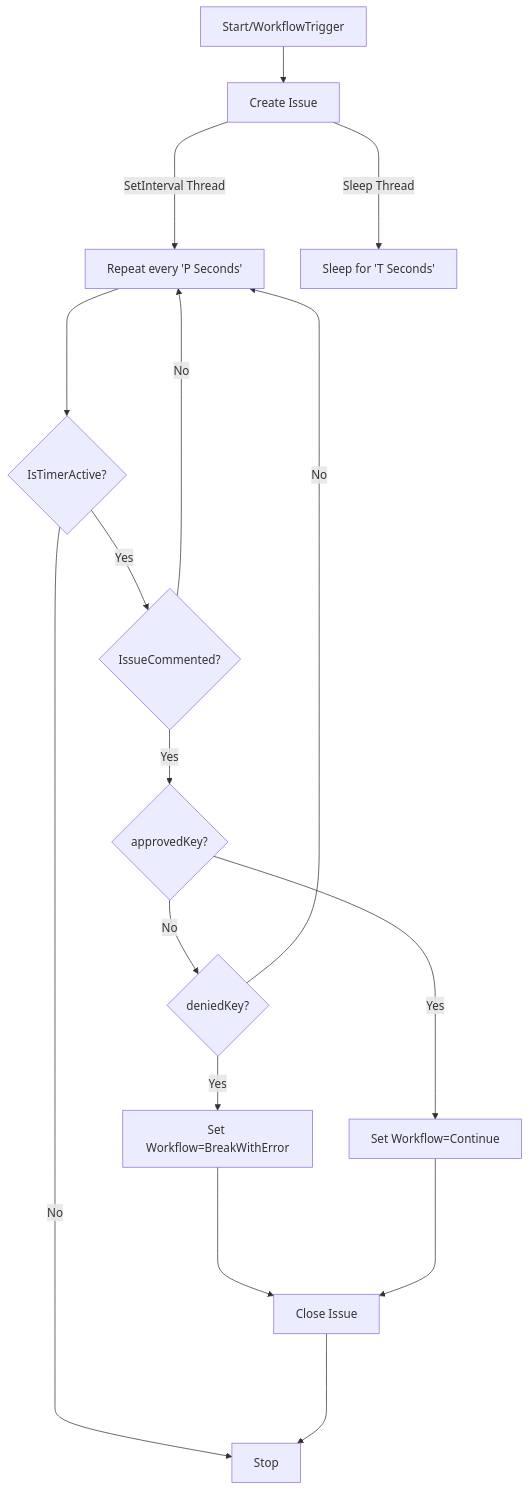
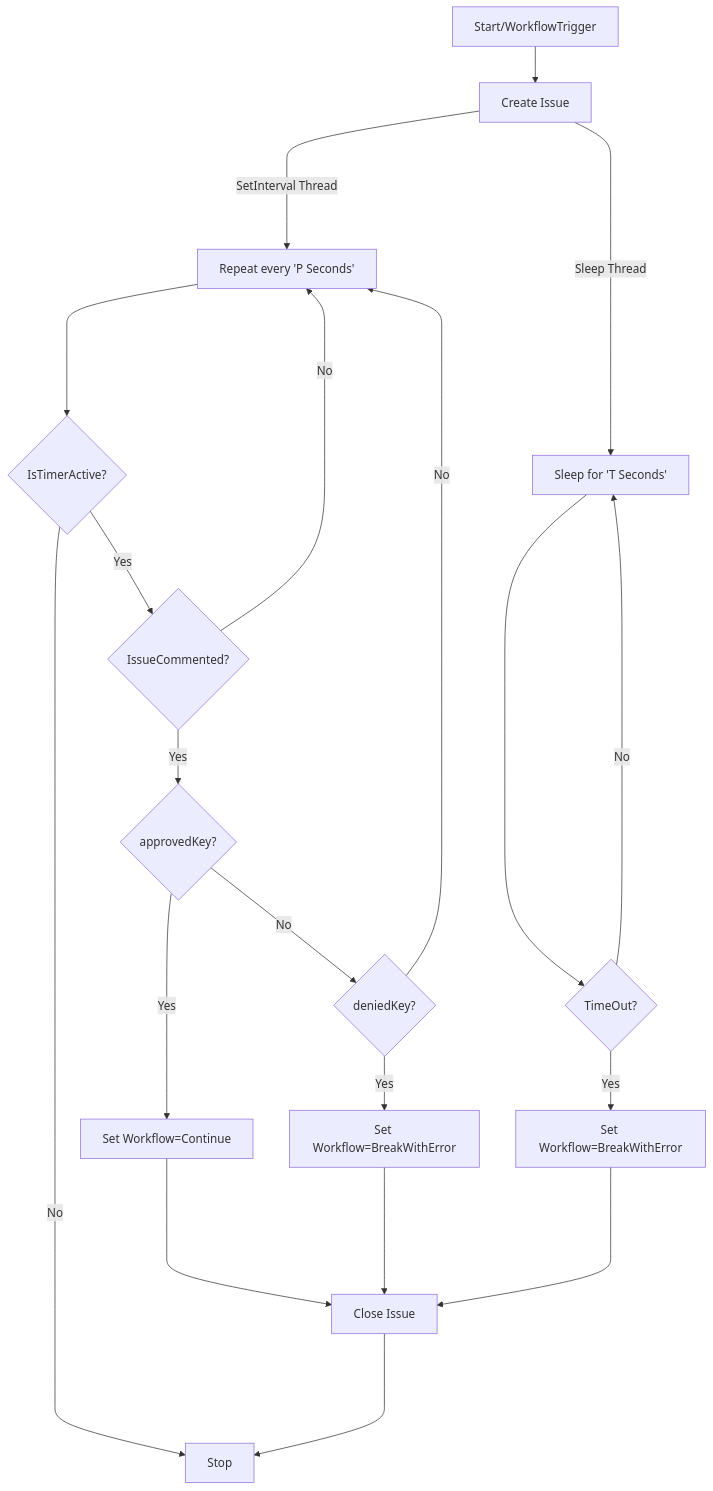
One commit to yog-labs/custom-starter-template changed the diagram in README.md. Above: the diagram before and after it, drawn with Mermaid.

````diff
--- a/README.md
+++ b/README.md
@@ -45,18 +45,22 @@
 ```mermaid
 flowchart TD
-    A[Start/WorkflowTrigger] --> B[Create Issue];
-    B ----> |SetInterval Thread| C[Repeat every 'P Seconds'];
-    B ----> |Sleep Thread| D[Sleep for 'T Seconds'];
-    C ----> E{IsTimerActive?};
-    E -- Yes --> F{IssueCommented?}
-    E -- No --> Stop[Stop]
-    F -- No --> C
-    F -- Yes --> G{approvedKey?}
-    G -- No --> J{deniedKey?}
-    J -- Yes --> K[Set Workflow=BreakWithError]
-    J -- No --> C
-    K ----> I[Close Issue]
-    G -- Yes --> H[Set Workflow=Continue]
-    H ---->  I[Close Issue]
+   A[Start/WorkflowTrigger] --> B[Create Issue];
+    B ----> |SetInterval Thread| C1[Repeat every 'P Seconds'];
+    B ----> |Sleep Thread| C2[Sleep for 'T Seconds'];
+    C1 ----> C1A{IsTimerActive?};
+    C1A -- No --> Stop[Stop]
+    C1A -- Yes --> C1B{IssueCommented?}
+    C1B -- No --> C1
+    C1B -- Yes --> C1C{approvedKey?}
+    C1C -- Yes --> C1D[Set Workflow=Continue]
+    C1D ---->  I[Close Issue]
+    C1C -- No --> C1E{deniedKey?}
+    C1E -- Yes --> C1F[Set Workflow=BreakWithError]
+    C1E -- No --> C1
+    C1F ----> I[Close Issue]
     I ----> Stop[Stop]
+    C2 ----> C2A{TimeOut?}
+    C2A -- Yes --> C2B[Set Workflow=BreakWithError]
+    C2A -- No --> C2
+    C2B ----> I
 ```
````
